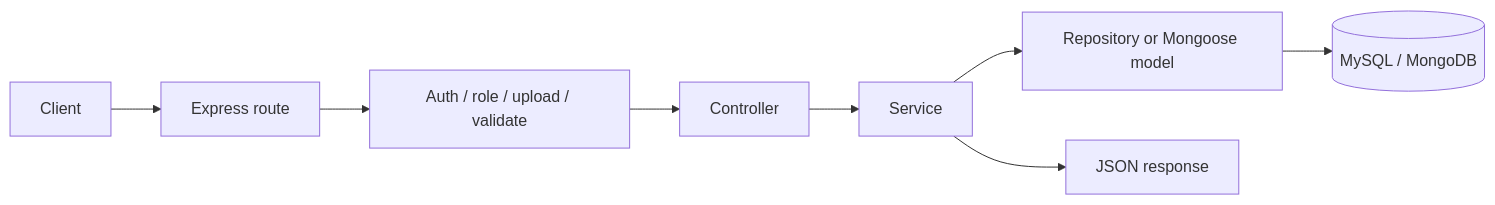
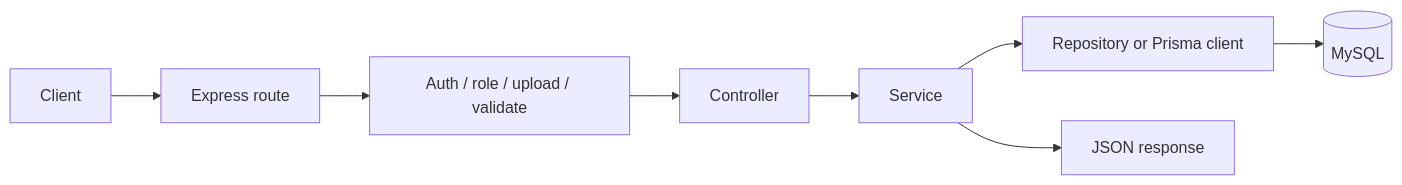
Before and after one commit to JamesHarrision/fessior-oj-backend: the diagram in docs/api-overview.md, drawn with Mermaid. The commit also changed other lines of this file and 15 other files, not shown here.

Commit message:
docs: document simplified mysql architecture

````diff
--- a/docs/api-overview.md
+++ b/docs/api-overview.md
@@ -38,10 +33,10 @@
 ```mermaid
 flowchart LR
   Client[Client] --> Route[Express route]
   Route --> Middleware[Auth / role / upload / validate]
   Middleware --> Controller[Controller]
   Controller --> Service[Service]
-  Service --> Repository[Repository or Mongoose model]
-  Repository --> DB[(MySQL / MongoDB)]
+  Service --> Repository[Repository or Prisma client]
+  Repository --> DB[(MySQL)]
   Service --> Response[JSON response]
 ```
````
